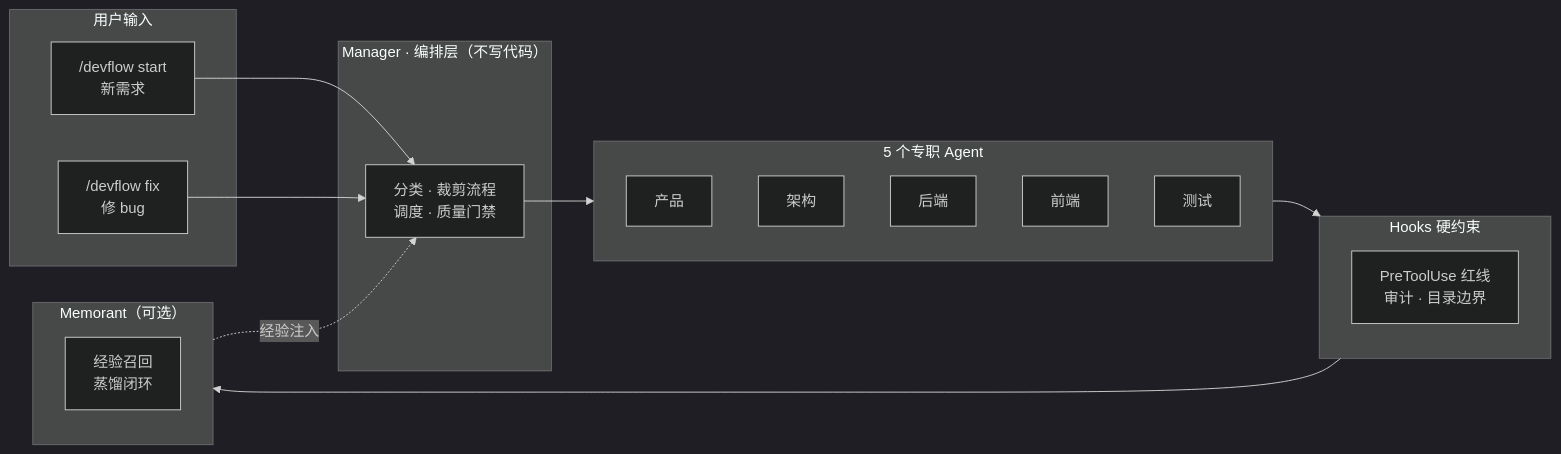
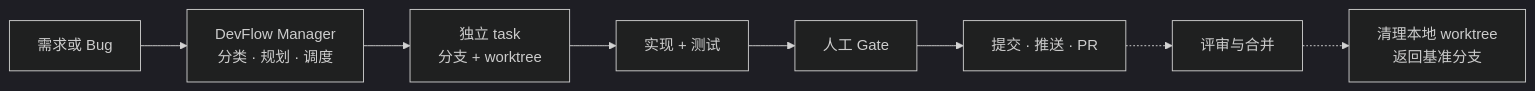
Before and after one commit to starme/devflow: the diagram in README.zh-CN.md, drawn with Mermaid (dark theme). The commit also changed other lines of this file and 1 other file, not shown here.

````diff
--- a/README.zh-CN.md
+++ b/README.zh-CN.md
@@ -211,34 +11,10 @@
 ```mermaid
 flowchart LR
-    subgraph Input["用户输入"]
-        A["/devflow start<br/>新需求"]
-        B["/devflow fix<br/>修 bug"]
-    end
-
-    subgraph Manager["Manager · 编排层（不写代码）"]
-        M["分类 · 裁剪流程<br/>调度 · 质量门禁"]
-    end
-
-    subgraph Agents["5 个专职 Agent"]
-        AG1["产品"]
-        AG2["架构"]
-        AG3["后端"]
-        AG4["前端"]
-        AG5["测试"]
-    end
-
-    subgraph Guard["Hooks 硬约束"]
-        G["PreToolUse 红线<br/>审计 · 目录边界"]
-    end
-
-    subgraph Memory["Memorant（可选）"]
-        MEM["经验召回<br/>蒸馏闭环"]
-    end
-
-    A --> M
-    B --> M
-    M --> Agents
-    Agents --> Guard
-    Guard --> Memory
-    Memory -.->|经验注入| M
+    A["需求或 Bug"] --> M["DevFlow Manager<br/>分类 · 规划 · 调度"]
+    M --> W["独立 task<br/>分支 + worktree"]
+    W --> T["实现 + 测试"]
+    T --> H["人工 Gate"]
+    H --> P["提交 · 推送 · PR"]
+    P -.-> R["评审与合并"]
+    R -.-> C["清理本地 worktree<br/>返回基准分支"]
 ```
````
